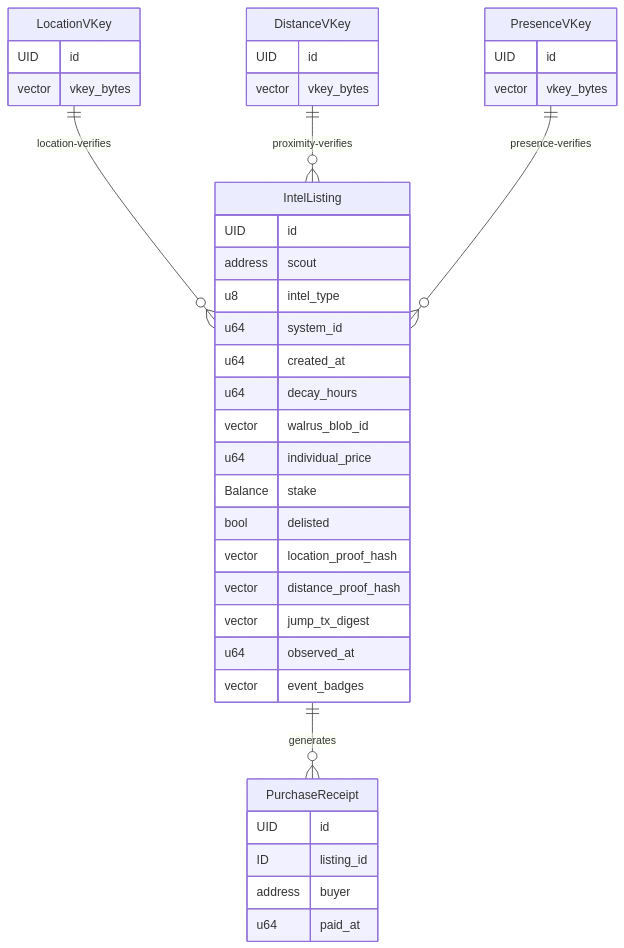
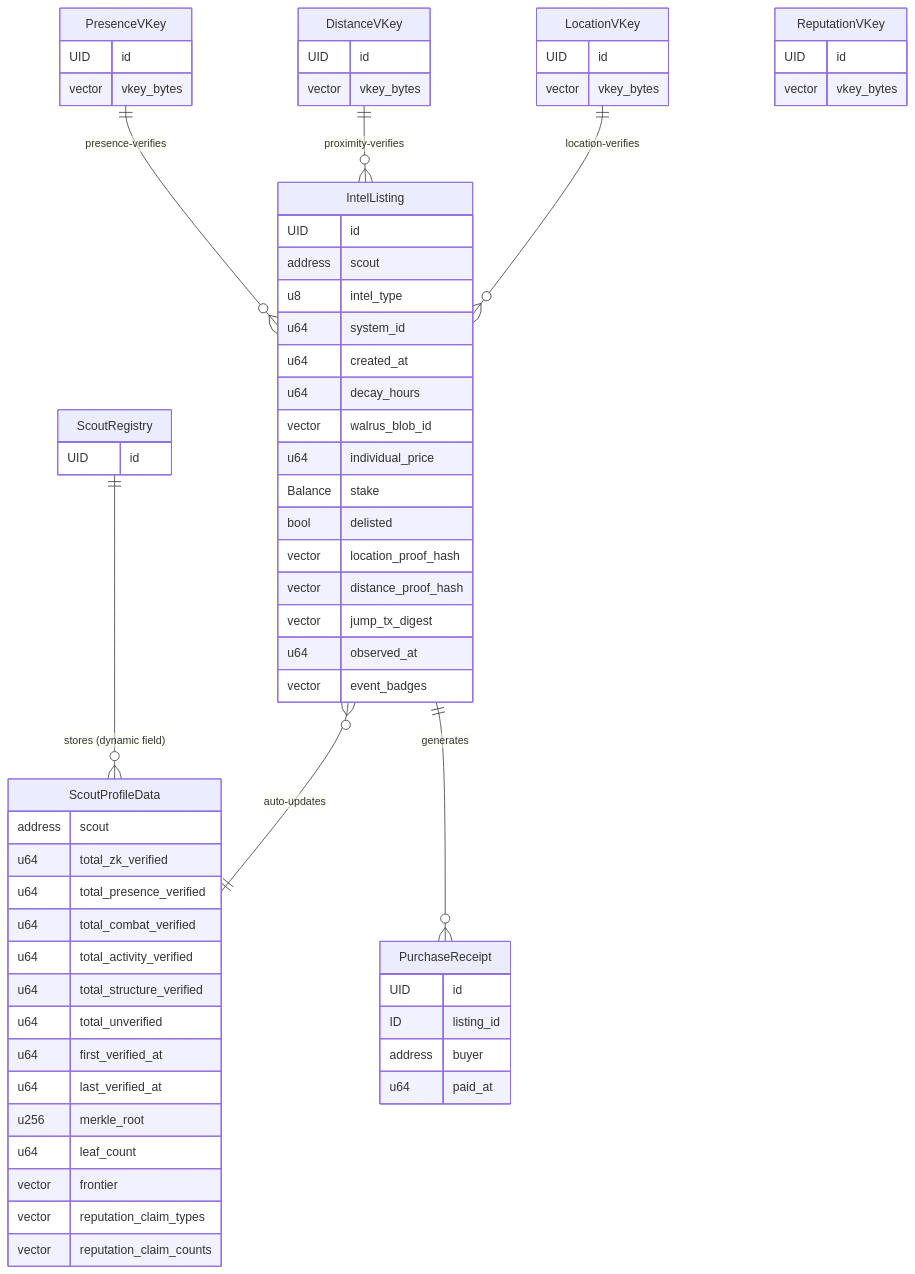
Before and after one commit to bozbuilds/The_RiftBroker: the diagram in docs/ARCHITECTURE.md, drawn with Mermaid. The commit also changed other lines of this file and 10 other files, not shown here.

First line of the commit message:
chore: deploy Phase 4, fix scout profile parsing, slim CLAUDE.md

````diff
--- a/docs/ARCHITECTURE.md
+++ b/docs/ARCHITECTURE.md
@@ -228,47 +255,75 @@
 ```mermaid
 erDiagram
     LocationVKey {
         UID id
         vector vkey_bytes
     }
 
     DistanceVKey {
         UID id
         vector vkey_bytes
     }
 
     PresenceVKey {
         UID id
         vector vkey_bytes
+    }
+
+    ReputationVKey {
+        UID id
+        vector vkey_bytes
+    }
+
+    ScoutRegistry {
+        UID id
+    }
+
+    ScoutProfileData {
+        address scout
+        u64 total_zk_verified
+        u64 total_presence_verified
+        u64 total_combat_verified
+        u64 total_activity_verified
+        u64 total_structure_verified
+        u64 total_unverified
+        u64 first_verified_at
+        u64 last_verified_at
+        u256 merkle_root
+        u64 leaf_count
+        vector frontier
+        vector reputation_claim_types
+        vector reputation_claim_counts
     }
 
     IntelListing {
         UID id
         address scout
         u8 intel_type
         u64 system_id
         u64 created_at
         u64 decay_hours
         vector walrus_blob_id
         u64 individual_price
         Balance stake
         bool delisted
         vector location_proof_hash
         vector distance_proof_hash
         vector jump_tx_digest
         u64 observed_at
         vector event_badges
     }
 
     PurchaseReceipt {
         UID id
         ID listing_id
         address buyer
         u64 paid_at
     }
 
     LocationVKey ||--o{ IntelListing : "location-verifies"
     DistanceVKey ||--o{ IntelListing : "proximity-verifies"
     PresenceVKey ||--o{ IntelListing : "presence-verifies"
     IntelListing ||--o{ PurchaseReceipt : "generates"
+    ScoutRegistry ||--o{ ScoutProfileData : "stores (dynamic field)"
+    IntelListing }o--|| ScoutProfileData : "auto-updates"
 ```
````
